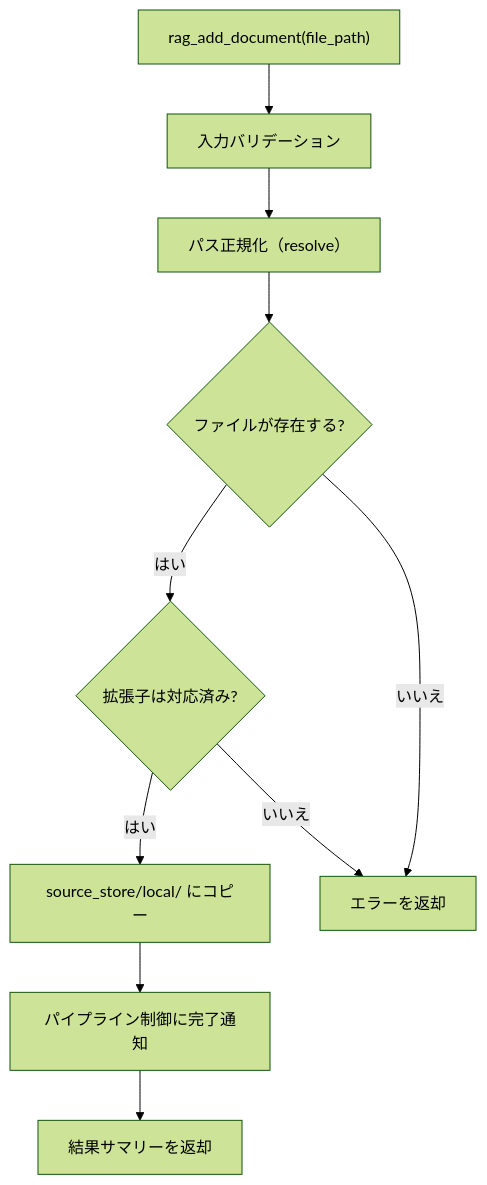
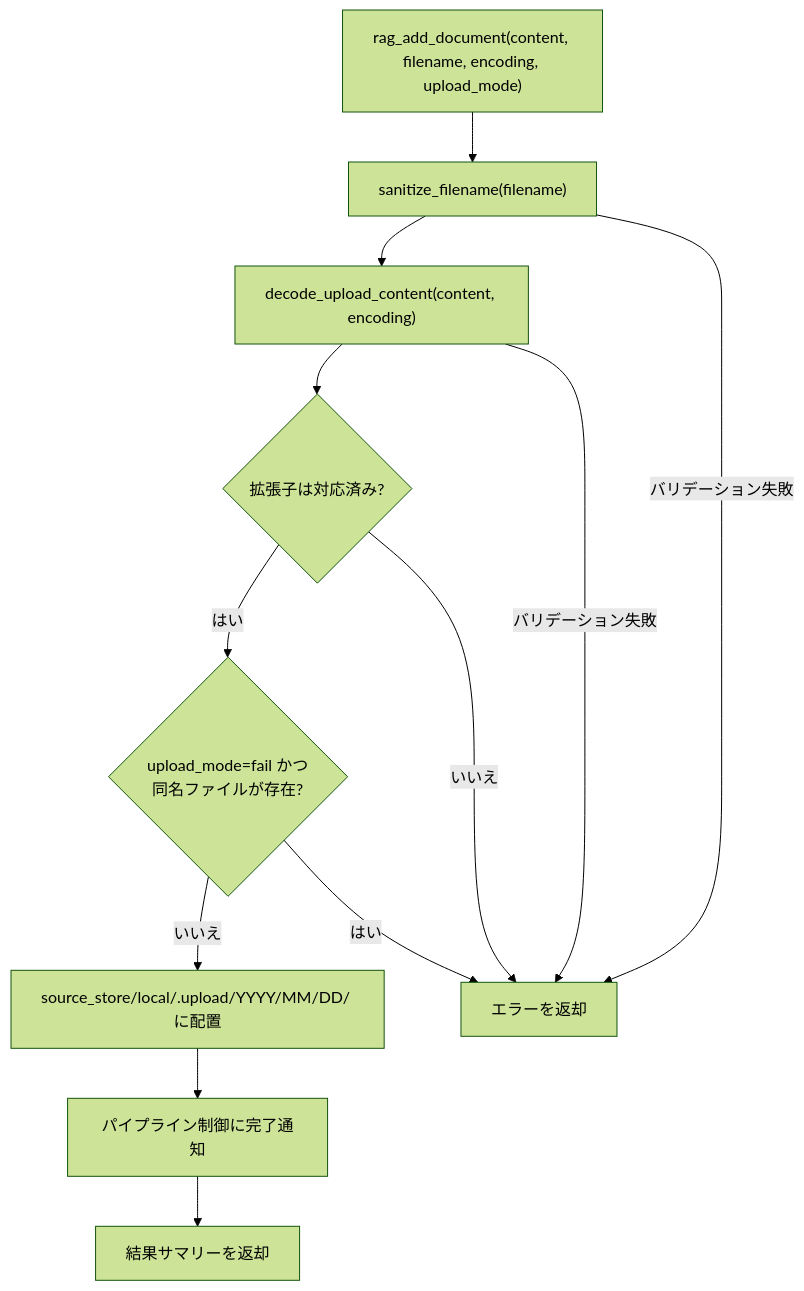
One commit to becky3/rag-knowledge changed the second of 3 diagrams in docs/specs/ingesters/local.md. Above: the diagram before and after it, drawn with Mermaid (forest theme). The commit also changed other lines of this file and 3 other files, not shown here.

Commit message:
docs(content-upload,local,journal,common): コンテンツアップロード型への変更仕様書 (#388)

````diff
--- a/docs/specs/ingesters/local.md
+++ b/docs/specs/ingesters/local.md
@@ -191,22 +199,24 @@
 ```mermaid
 flowchart TD
-    START["rag_add_document(file_path)"]
-    VALIDATE["入力バリデーション"]
-    RESOLVE["パス正規化（resolve）"]
-    CHECK_EXIST{"ファイルが存在する?"}
+    START["rag_add_document(content, filename, encoding, upload_mode)"]
+    SAN["sanitize_filename(filename)"]
+    DECODE["decode_upload_content(content, encoding)"]
     CHECK_EXT{"拡張子は対応済み?"}
-    COPY["source_store/local/ にコピー"]
+    CHECK_DUP{"upload_mode=fail かつ<br>同名ファイルが存在?"}
+    PLACE["source_store/local/.upload/YYYY/MM/DD/ に配置"]
     NOTIFY["パイプライン制御に完了通知"]
     RESULT["結果サマリーを返却"]
     ERROR["エラーを返却"]
 
-    START --> VALIDATE
-    VALIDATE --> RESOLVE
-    RESOLVE --> CHECK_EXIST
-    CHECK_EXIST -->|はい| CHECK_EXT
-    CHECK_EXIST -->|いいえ| ERROR
-    CHECK_EXT -->|はい| COPY
+    START --> SAN
+    SAN -->|バリデーション失敗| ERROR
+    SAN --> DECODE
+    DECODE -->|バリデーション失敗| ERROR
+    DECODE --> CHECK_EXT
+    CHECK_EXT -->|はい| CHECK_DUP
     CHECK_EXT -->|いいえ| ERROR
-    COPY --> NOTIFY
+    CHECK_DUP -->|はい| ERROR
+    CHECK_DUP -->|いいえ| PLACE
+    PLACE --> NOTIFY
     NOTIFY --> RESULT
 ```
````
